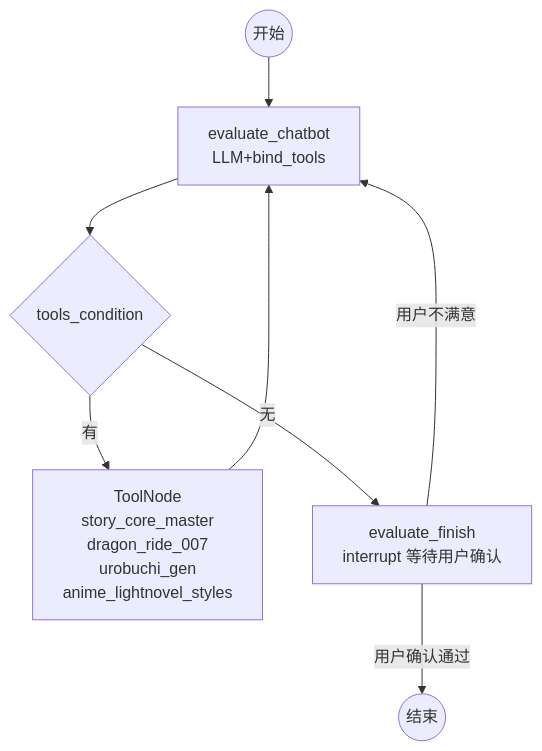
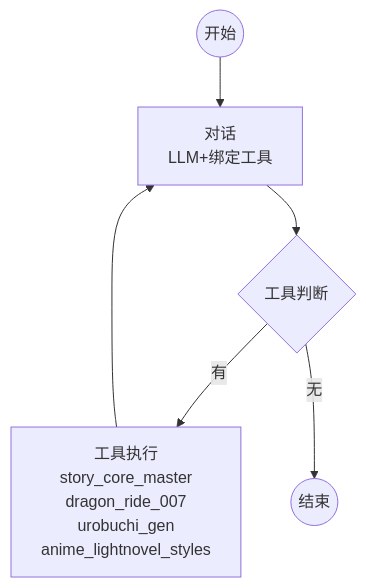
The diagram in langgraph-writer/docs/subgraph_评估.mmd (30998772/novelist), drawn with Mermaid before and after one commit. The commit also changed 20 other files, not shown here.

Commit message:
主子图设计

```diff
--- a/langgraph-writer/docs/subgraph_评估.mmd
+++ b/langgraph-writer/docs/subgraph_评估.mmd
@@ -1,8 +1,6 @@
 graph TB
-    START((开始)) --> CHATBOT["evaluate_chatbot<br/>LLM+bind_tools"]
-    CHATBOT --> TC{"tools_condition"}
-    TC -- "有" --> TOOLS["ToolNode<br/>story_core_master<br/>dragon_ride_007<br/>urobuchi_gen<br/>anime_lightnovel_styles"]
-    TC -- "无" --> FINISH["evaluate_finish<br/>interrupt 等待用户确认"]
-    TOOLS --> CHATBOT
-    FINISH -- "用户确认通过" --> END((结束))
-    FINISH -- "用户不满意" --> CHATBOT
+    开始((开始)) --> 对话["对话<br/>LLM+绑定工具"]
+    对话 --> 工具判断{"工具判断"}
+    工具判断 -- "有" --> 工具["工具执行<br/>story_core_master<br/>dragon_ride_007<br/>urobuchi_gen<br/>anime_lightnovel_styles"]
+    工具判断 -- "无" --> 结束((结束))
+    工具 --> 对话
```
